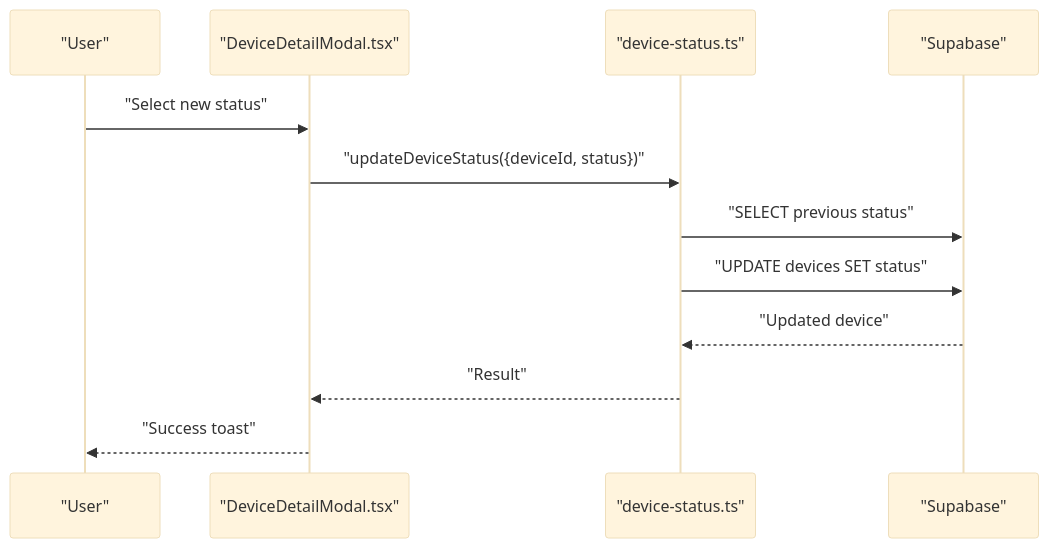
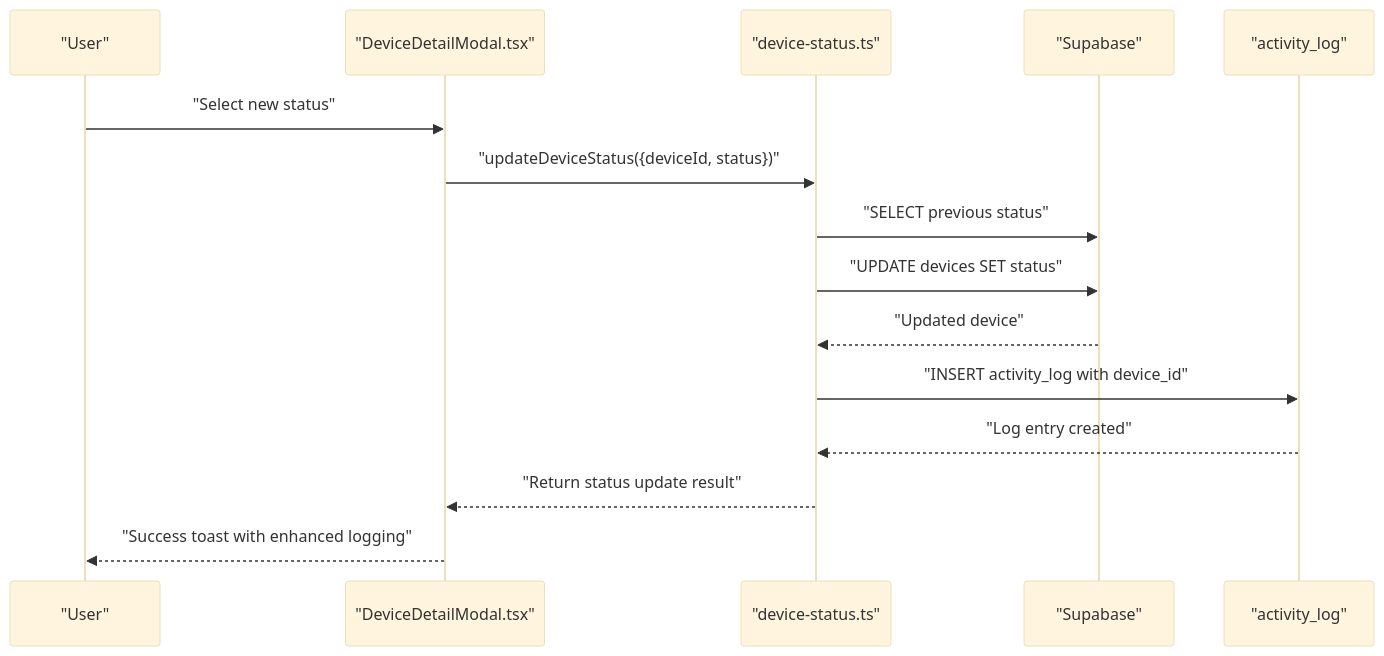
Before and after one commit to gastaldellomarco/pcReady: the seventh of 9 diagrams in .qoder/repowiki/en/content/Device Management System/Device Management System.md, drawn with Mermaid (base theme). The commit also changed other lines of this file and 5 other files, not shown here.

````diff
--- a/.qoder/repowiki/en/content/Device Management System/Device Management System.md
+++ b/.qoder/repowiki/en/content/Device Management System/Device Management System.md
@@ -318,14 +333,17 @@
 ```mermaid
 sequenceDiagram
 participant U as "User"
 participant UI as "DeviceDetailModal.tsx"
 participant SF as "device-status.ts"
 participant S as "Supabase"
+participant AL as "activity_log"
 U->>UI : "Select new status"
 UI->>SF : "updateDeviceStatus({deviceId, status})"
 SF->>S : "SELECT previous status"
 SF->>S : "UPDATE devices SET status"
 S-->>SF : "Updated device"
-SF-->>UI : "Result"
-UI-->>U : "Success toast"
+SF->>AL : "INSERT activity_log with device_id"
+AL-->>SF : "Log entry created"
+SF-->>UI : "Return status update result"
+UI-->>U : "Success toast with enhanced logging"
 ```
````
